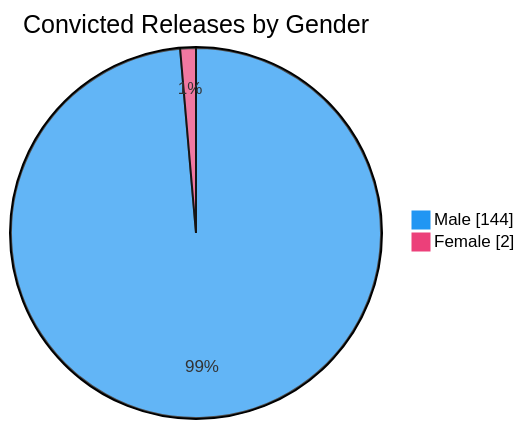
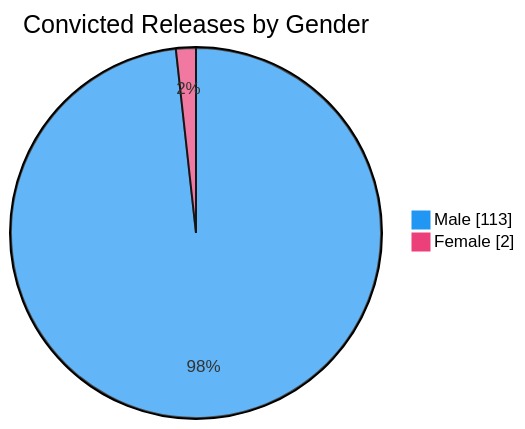
Before and after one commit to nuuuwan/lk_prisons: the sixth of 7 diagrams in README.md, drawn with Mermaid. The commit also changed other lines of this file and 1 other file, not shown here.

````diff
--- a/README.md
+++ b/README.md
@@ -98,6 +98,6 @@
 ```mermaid
 %%{init: {'themeVariables': {'pie1': '#2196F3', 'pie2': '#EC407A'}}}%%
 pie showData title Convicted Releases by Gender
-    "Male" : 144
+    "Male" : 113
     "Female" : 2
 ```
````
